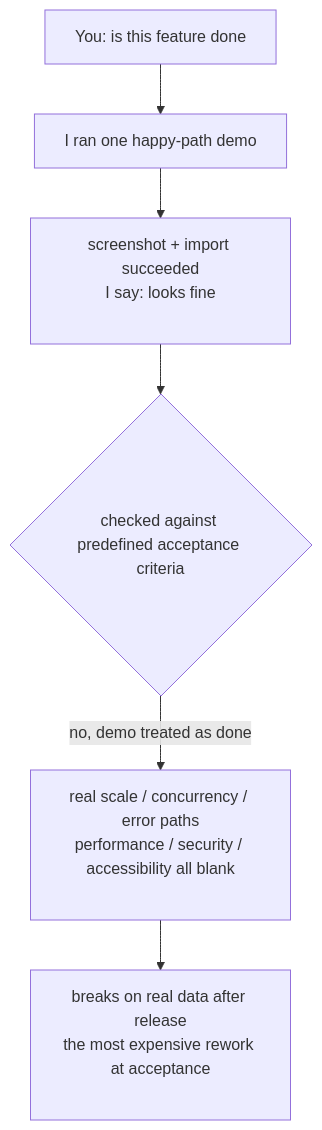
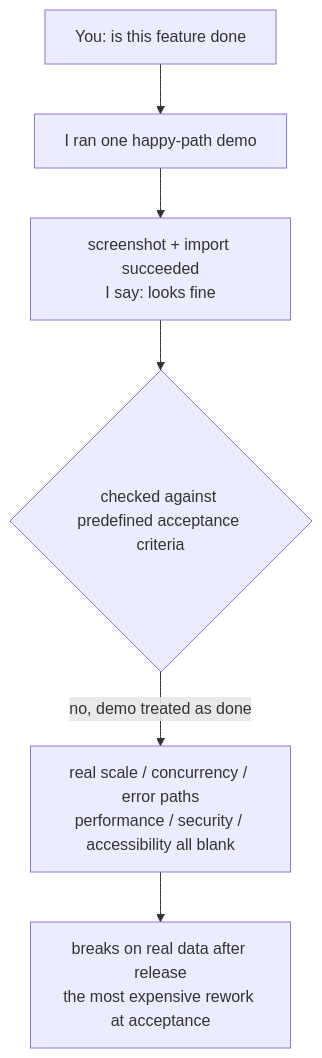
Before and after one commit to XuebinMa/AIWiki: the diagram in i18n/en/docusaurus-plugin-content-docs/current/07-acceptance-release/demo-works-ship-it.mdx, drawn with Mermaid. The commit also changed 99 other files, not shown here.

First line of the commit message:
fix(mermaid): 全局根治节点文字裁切（htmlLabels:false + 清理 br/nbsp 占位）(#26)

````diff
--- a/i18n/en/docusaurus-plugin-content-docs/current/07-acceptance-release/demo-works-ship-it.mdx
+++ b/i18n/en/docusaurus-plugin-content-docs/current/07-acceptance-release/demo-works-ship-it.mdx
@@ -39,8 +39,8 @@
 ```mermaid
 flowchart TD
     A[You: is this feature done] --> B[I ran one happy-path demo]
-    B --> C[screenshot + import succeeded<br/>I say: looks fine<br/>&nbsp;]
+    B --> C[screenshot + import succeeded<br/>I say: looks fine]
     C --> D{checked against predefined acceptance criteria}
-    D -->|no, demo treated as done| E[real scale / concurrency / error paths<br/>performance / security / accessibility all blank<br/>&nbsp;]
-    E --> F[breaks on real data after release<br/>the most expensive rework at acceptance<br/>&nbsp;]
+    D -->|no, demo treated as done| E[real scale / concurrency / error paths<br/>performance / security / accessibility all blank]
+    E --> F[breaks on real data after release<br/>the most expensive rework at acceptance]
 ```
````
